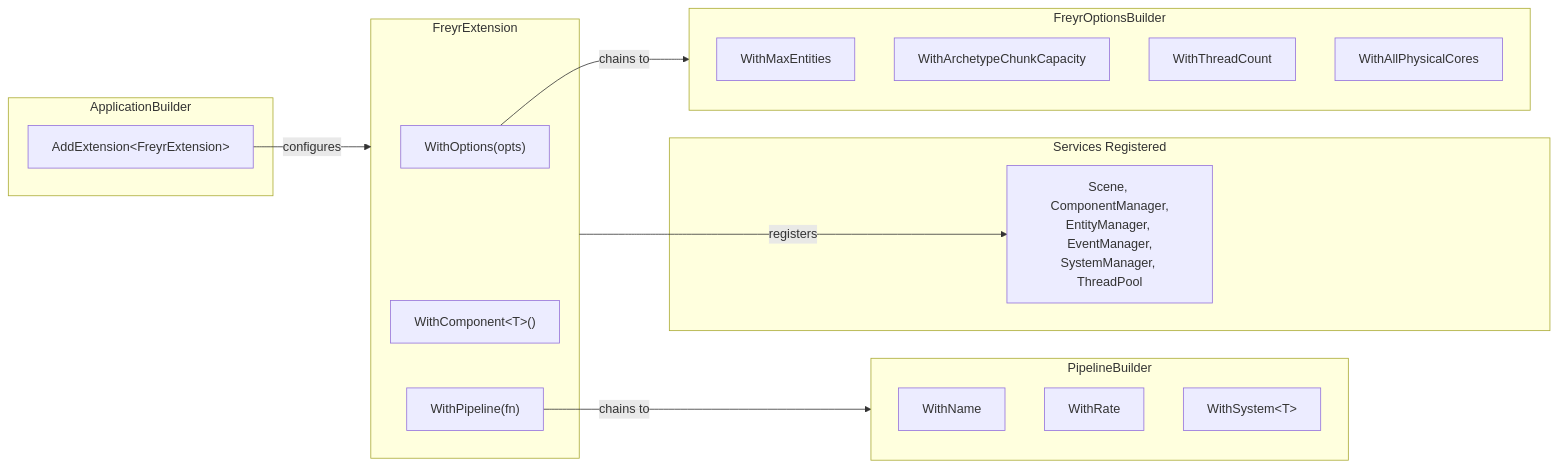
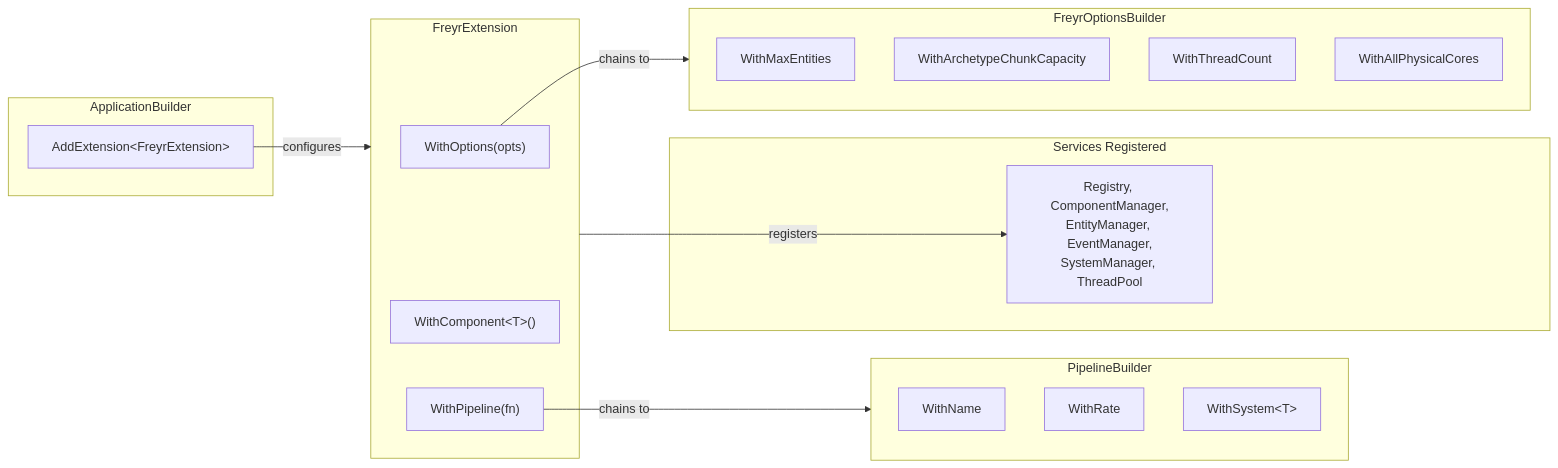
One commit to gilmar-sales/Freyr changed the diagram in docs/api/extension.md. Above: the diagram before and after it, drawn with Mermaid. The commit also changed other lines of this file and 17 other files, not shown here.

````diff
--- a/docs/api/extension.md
+++ b/docs/api/extension.md
@@ -39,34 +39,34 @@
 ```mermaid
 graph LR
     subgraph AppBuilder["ApplicationBuilder"]
         ADD["AddExtension&lt;FreyrExtension&gt;"]
     end
 
     subgraph FreyrExt["FreyrExtension"]
         WO["WithOptions(opts)"]
         WC["WithComponent&lt;T&gt;()"]
         WP["WithPipeline(fn)"]
     end
 
     subgraph Options["FreyrOptionsBuilder"]
         MAX["WithMaxEntities"]
         CHUNK["WithArchetypeChunkCapacity"]
         THREAD["WithThreadCount"]
         CORES["WithAllPhysicalCores"]
     end
 
     subgraph Pipe["PipelineBuilder"]
         NAME["WithName"]
         RATE["WithRate"]
         WS["WithSystem&lt;T&gt;"]
     end
 
     subgraph Services["Services Registered"]
-        SVC["Scene, ComponentManager,<br/>EntityManager, EventManager,<br/>SystemManager, ThreadPool"]
+        SVC["Registry, ComponentManager,<br/>EntityManager, EventManager,<br/>SystemManager, ThreadPool"]
     end
 
     ADD -->|configures| FreyrExt
     WO -->|chains to| Options
     WP -->|chains to| Pipe
     FreyrExt -->|registers| SVC
 ```
````
